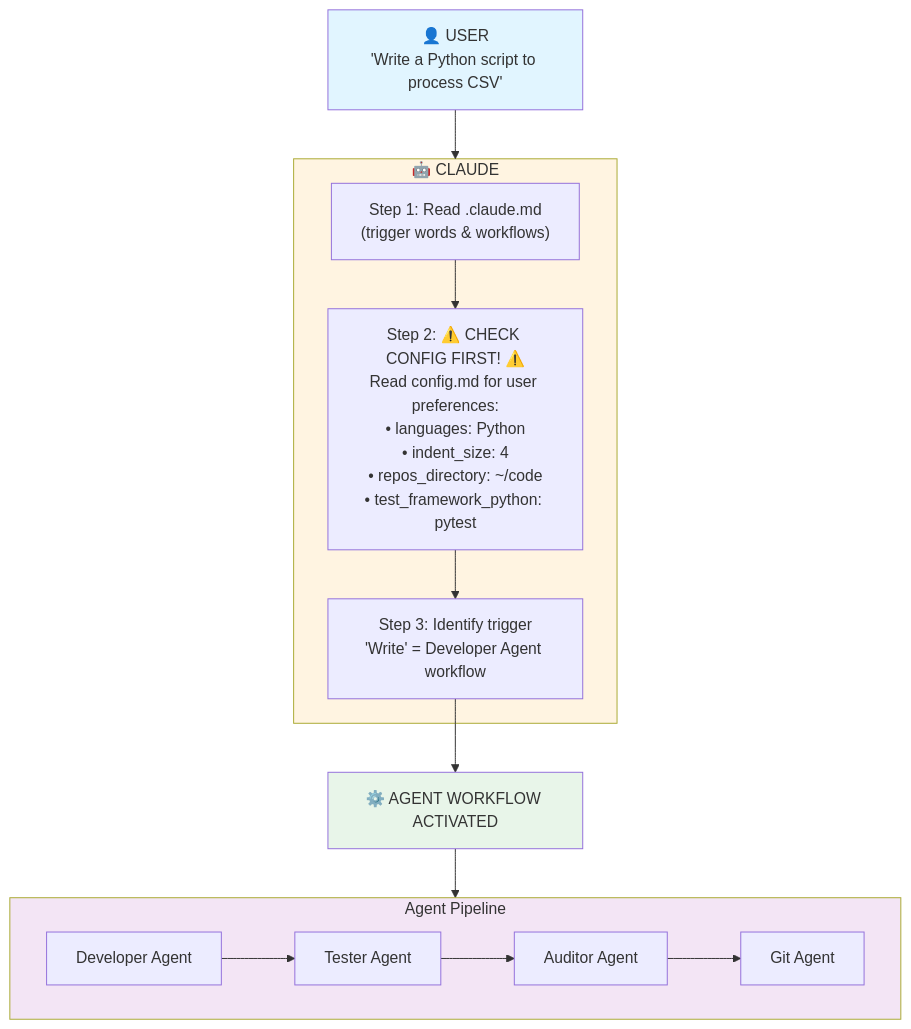
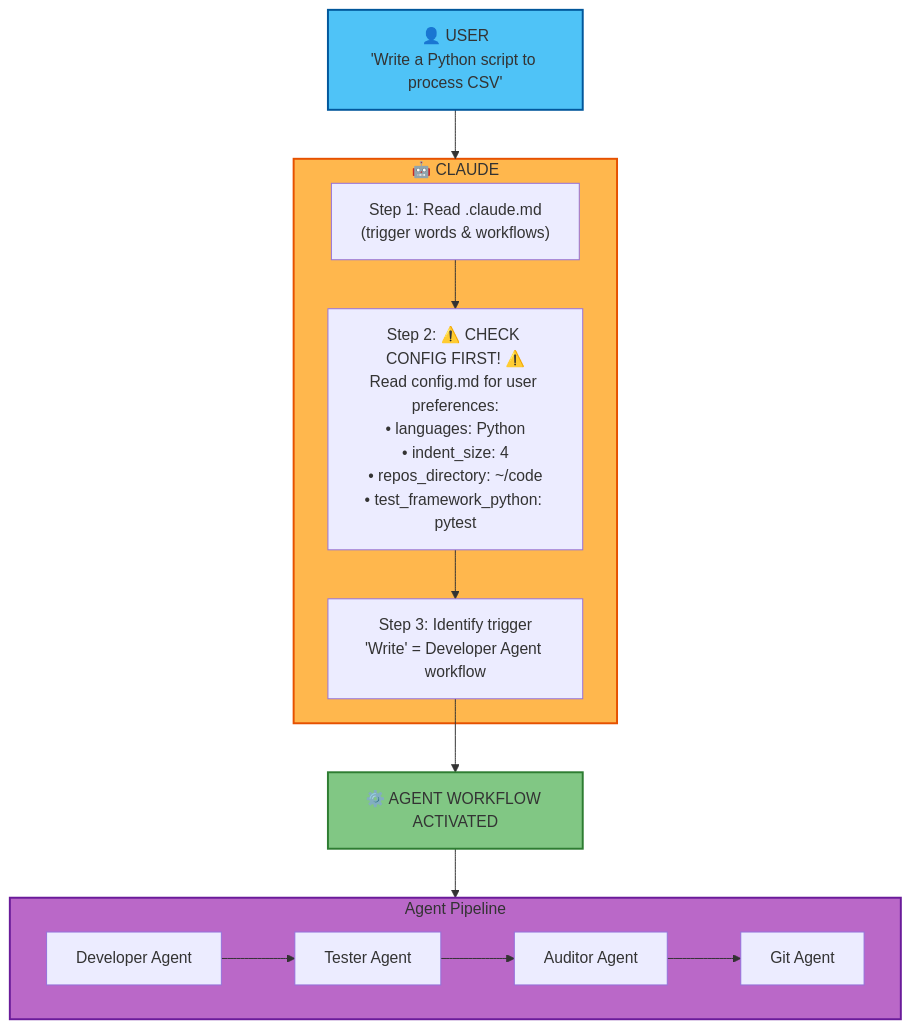
The first of 8 diagrams in INTERACTION-DIAGRAM.md (rhwendt/vaulty), drawn with Mermaid before and after one commit. The commit also changed other lines of this file, not shown here.

First line of the commit message:
fix: Update interaction diagram for completeness and dark mode compatibility

````diff
--- a/INTERACTION-DIAGRAM.md
+++ b/INTERACTION-DIAGRAM.md
@@ -7,33 +7,33 @@
 ```mermaid
 flowchart TD
     User["👤 USER<br/>'Write a Python script to process CSV'"]
 
     subgraph Claude["🤖 CLAUDE"]
         Step1["Step 1: Read .claude.md<br/>(trigger words & workflows)"]
         Step2["Step 2: ⚠️ CHECK CONFIG FIRST! ⚠️<br/>Read config.md for user preferences:<br/>• languages: Python<br/>• indent_size: 4<br/>• repos_directory: ~/code<br/>• test_framework_python: pytest"]
         Step3["Step 3: Identify trigger<br/>'Write' = Developer Agent workflow"]
 
         Step1 --> Step2
         Step2 --> Step3
     end
 
     Workflow["⚙️ AGENT WORKFLOW ACTIVATED"]
 
     subgraph Agents["Agent Pipeline"]
         Dev["Developer Agent"]
         Test["Tester Agent"]
         Audit["Auditor Agent"]
         Git["Git Agent"]
 
         Dev --> Test --> Audit --> Git
     end
 
     User --> Claude
     Step3 --> Workflow
     Workflow --> Agents
 
-    style User fill:#e1f5ff
-    style Claude fill:#fff4e1
-    style Workflow fill:#e8f5e9
-    style Agents fill:#f3e5f5
+    style User fill:#4fc3f7,stroke:#01579b,stroke-width:2px
+    style Claude fill:#ffb74d,stroke:#e65100,stroke-width:2px
+    style Workflow fill:#81c784,stroke:#2e7d32,stroke-width:2px
+    style Agents fill:#ba68c8,stroke:#6a1b9a,stroke-width:2px
 ```
````
